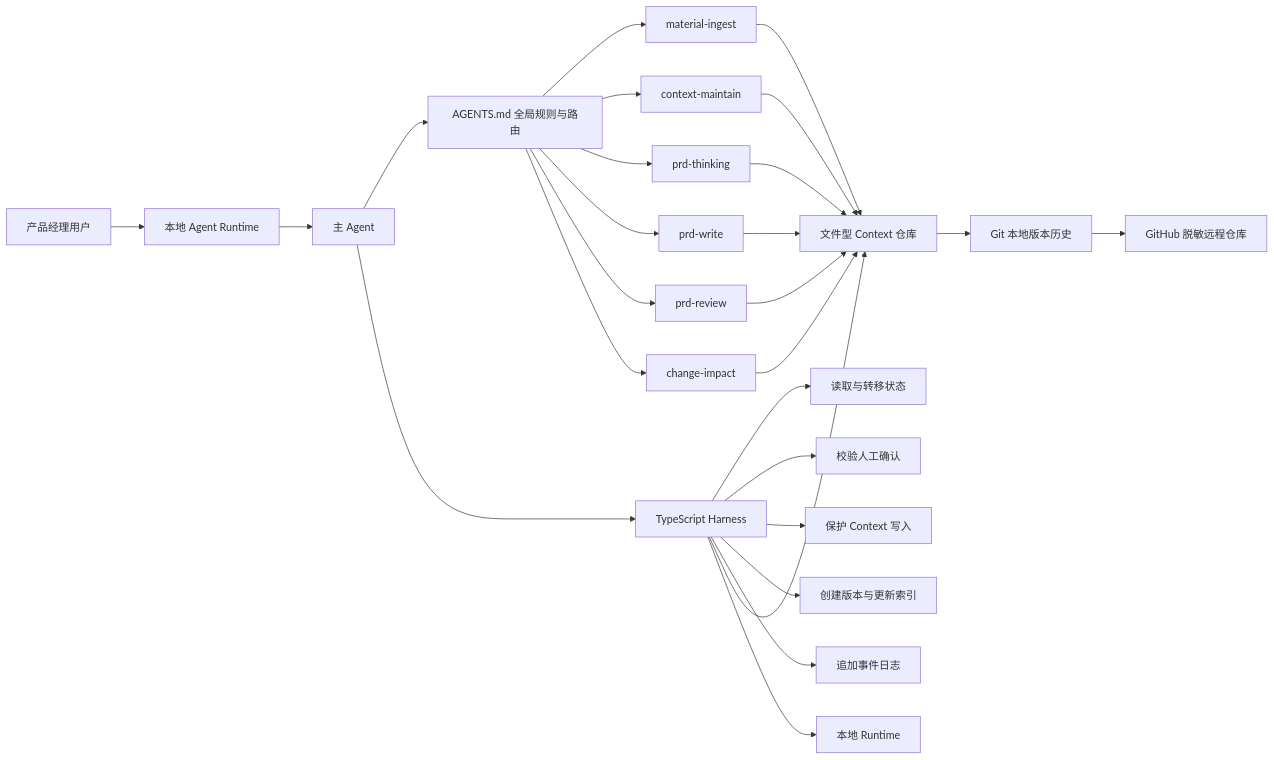
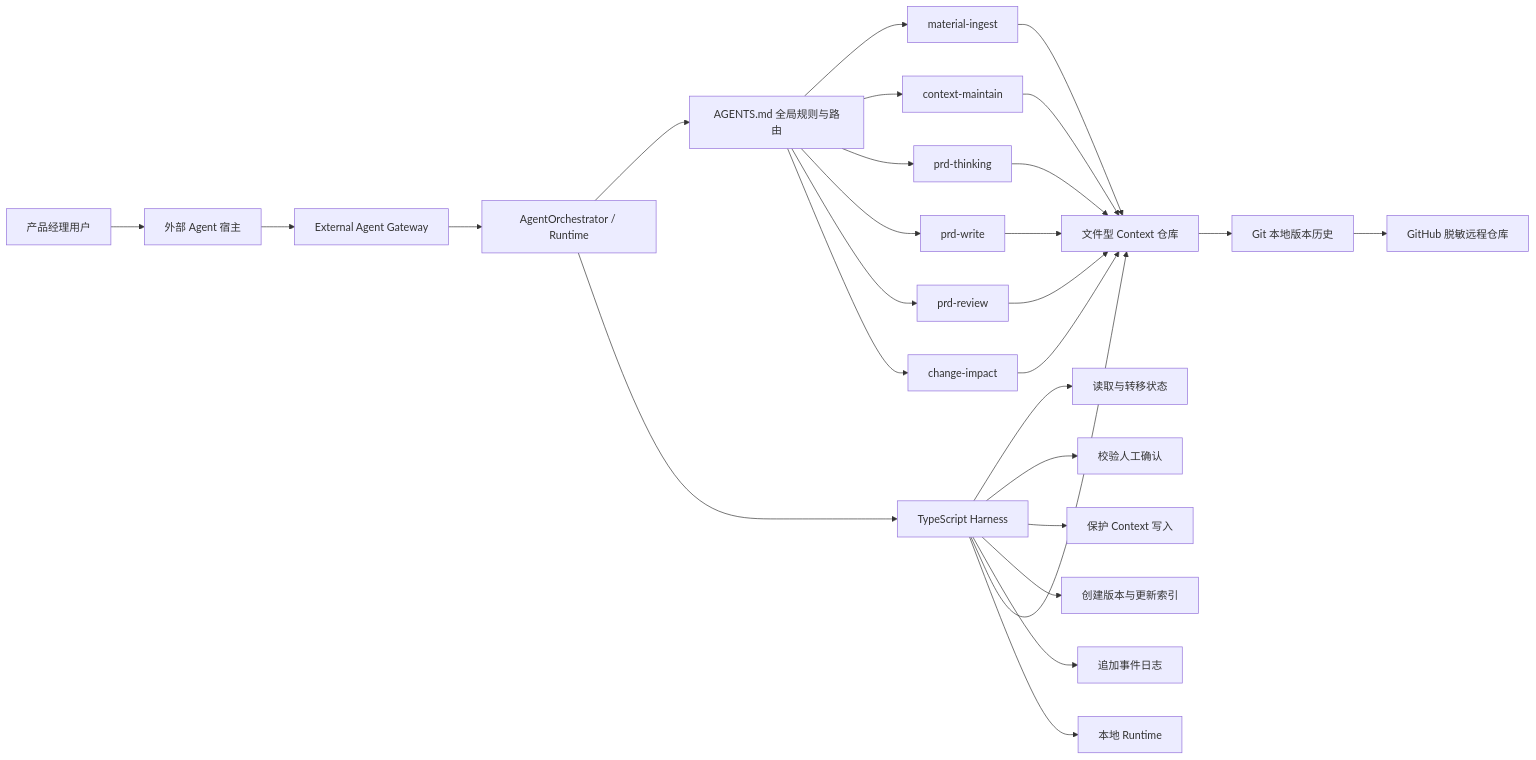
Before and after one commit to Koianna/context-delivery-agent: the diagram in docs/05-项目骨架与技术架构.md, drawn with Mermaid. The commit also changed other lines of this file and 18 other files, not shown here.

Commit message:
feat(gateway): 支持可替换外部 Agent 宿主

````diff
--- a/docs/05-项目骨架与技术架构.md
+++ b/docs/05-项目骨架与技术架构.md
@@ -24,32 +24,33 @@
 ```mermaid
 flowchart LR
-    U["产品经理用户"] --> R["本地 Agent Runtime"]
-    R --> A["主 Agent"]
+    U["产品经理用户"] --> EA["外部 Agent 宿主"]
+    EA --> GW["External Agent Gateway"]
+    GW --> A["AgentOrchestrator / Runtime"]
     A --> G["AGENTS.md 全局规则与路由"]
 
     G --> S1["material-ingest"]
     G --> S2["context-maintain"]
     G --> S3["prd-thinking"]
     G --> S4["prd-write"]
     G --> S5["prd-review"]
     G --> S6["change-impact"]
 
     A --> H["TypeScript Harness"]
     H --> H1["读取与转移状态"]
     H --> H2["校验人工确认"]
     H --> H3["保护 Context 写入"]
     H --> H4["创建版本与更新索引"]
     H --> H5["追加事件日志"]
 
     S1 --> C["文件型 Context 仓库"]
     S2 --> C
     S3 --> C
     S4 --> C
     S5 --> C
     S6 --> C
 
     H --> C
     H --> T["本地 Runtime"]
     C --> V["Git 本地版本历史"]
     V --> GH["GitHub 脱敏远程仓库"]
 ```
````
